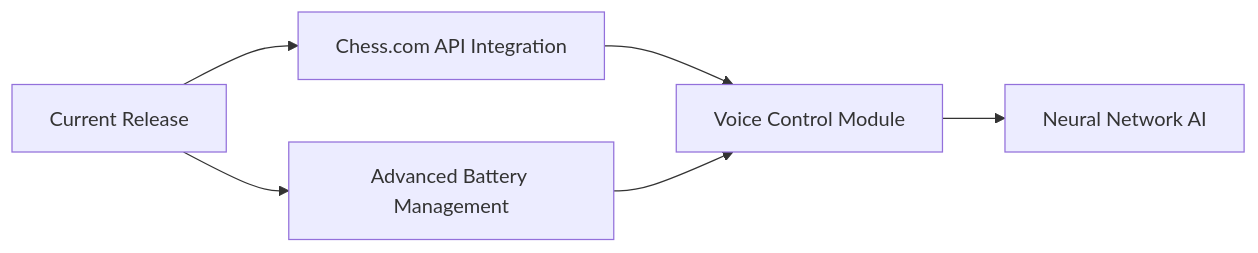
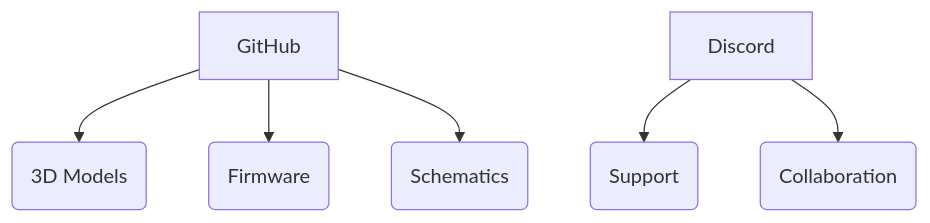
The diagram in README.md (JohannDeon/DEONchess), drawn with Mermaid before and after one commit. The commit also changed other lines of this file, not shown here.

````diff
--- a/README.md
+++ b/README.md
@@ -37,8 +43,8 @@
 ```mermaid
-graph LR
-    A[Current Release] --> B[Chess.com API Integration]
-    A --> C[Advanced Battery Management]
-    B --> D[Voice Control Module]
-    C --> D
-    D --> E[Neural Network AI]
+graph TB
+    A[GitHub] --> B(3D Models)
+    A --> C(Firmware)
+    A --> D(Schematics)
+    E[Discord] --> F(Support)
+    E --> G(Collaboration)
 ```
````
